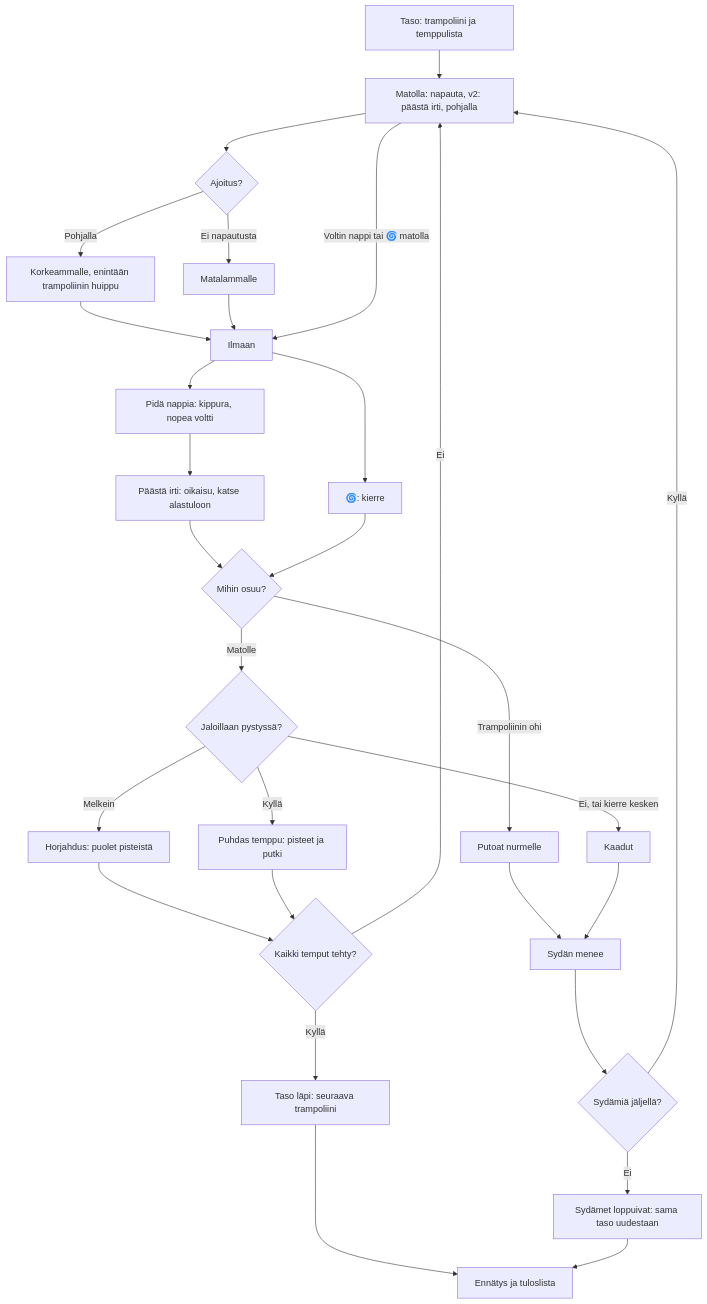
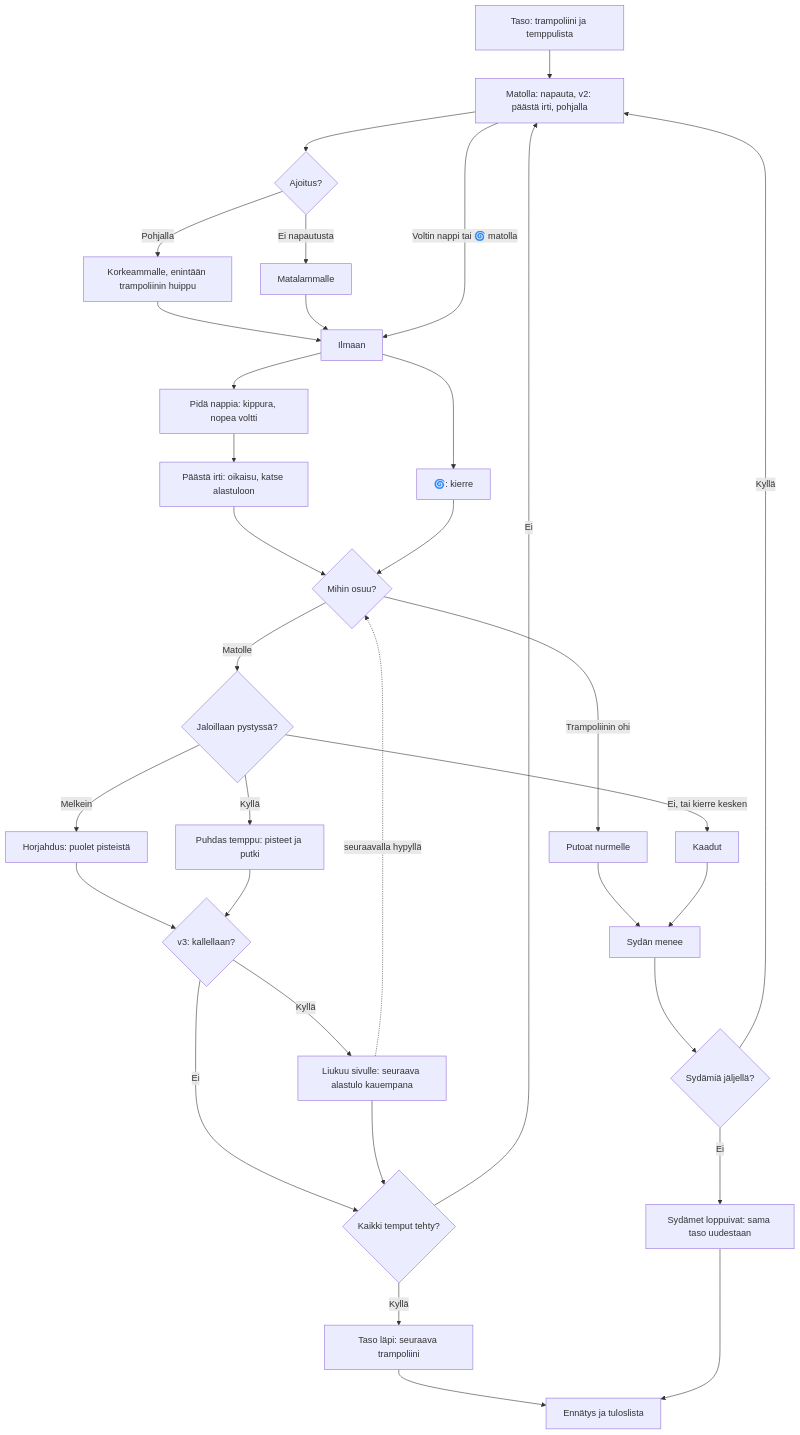
One commit to eerovil/ai-pelit changed the diagram in docs/diagrams/trampoliini.md. Above: the diagram before and after it, drawn with Mermaid. The commit also changed other lines of this file and 2 other files, not shown here.

Commit message:
Trampoliini v3: say it slides on every trampoline; draw the slide
The review found the slide label never showed on trampolines without a
net, whose capped slide stays under the 0.8 m/s it waited for. It now
shows for any lean of 0.25 rad or more, on every trampoline; a test
checks both directions and a slight lean on all five. The diagram now
draws the v3 path: a tilted landing slides you, and the next landing
is further out; its intro describes v2 and v3's hold-and-release push.

Refs #62

````diff
--- a/docs/diagrams/trampoliini.md
+++ b/docs/diagrams/trampoliini.md
@@ -8,37 +9,41 @@
 ```mermaid
 flowchart TD
   A[Taso: trampoliini ja temppulista] --> B[Matolla: napauta, v2: päästä irti, pohjalla]
   B --> C{Ajoitus?}
   C -- Pohjalla --> D[Korkeammalle, enintään trampoliinin huippu]
   C -- Ei napautusta --> E[Matalammalle]
   D --> F[Ilmaan]
   E --> F
   B -- Voltin nappi tai 🌀 matolla --> F
   F --> G[Pidä nappia: kippura, nopea voltti]
   G --> H[Päästä irti: oikaisu, katse alastuloon]
   F --> I[🌀: kierre]
   H --> J{Mihin osuu?}
   I --> J
   J -- Trampoliinin ohi --> K[Putoat nurmelle]
   J -- Matolle --> L{Jaloillaan pystyssä?}
   L -- Melkein --> M[Horjahdus: puolet pisteistä]
   L -- Kyllä --> N[Puhdas temppu: pisteet ja putki]
   L -- Ei, tai kierre kesken --> O[Kaadut]
   K --> P[Sydän menee]
   O --> P
   P --> Q{Sydämiä jäljellä?}
   Q -- Kyllä --> B
   Q -- Ei --> R[Sydämet loppuivat: sama taso uudestaan]
-  M --> S{Kaikki temput tehty?}
-  N --> S
+  M --> V{v3: kallellaan?}
+  N --> V
+  V -- Kyllä --> W[Liukuu sivulle: seuraava alastulo kauempana]
+  W -. seuraavalla hypyllä .-> J
+  V -- Ei --> S{Kaikki temput tehty?}
+  W --> S
   S -- Ei --> B
   S -- Kyllä --> T[Taso läpi: seuraava trampoliini]
   T --> U[Ennätys ja tuloslista]
   R --> U
   class B,G,H,I blue
-  class C,J,L,Q,S amber
-  class D,E,F teal
+  class C,J,L,Q,S,V amber
+  class D,E,F,W teal
   class A violet
   class M,N,T,U green
   class K,O,P,R rose
 ```
````
